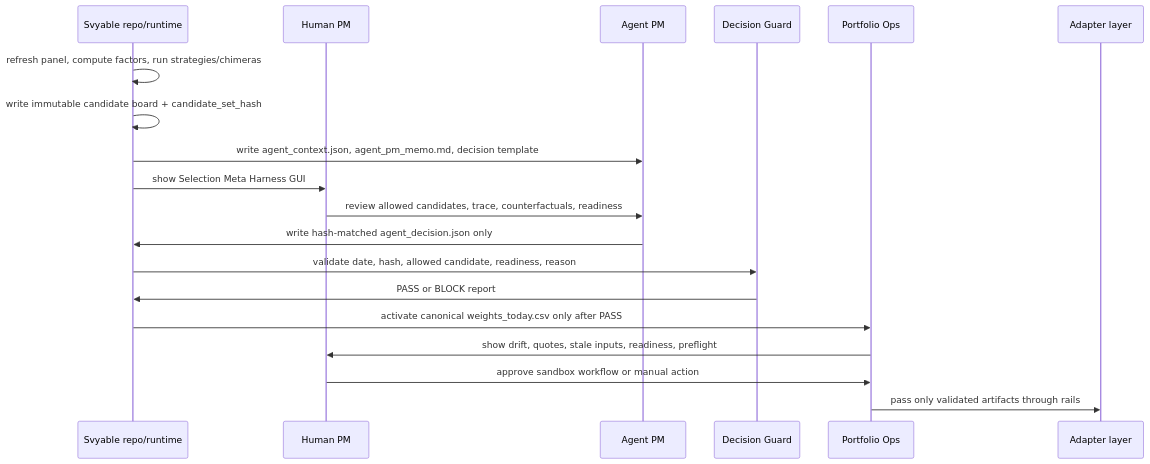
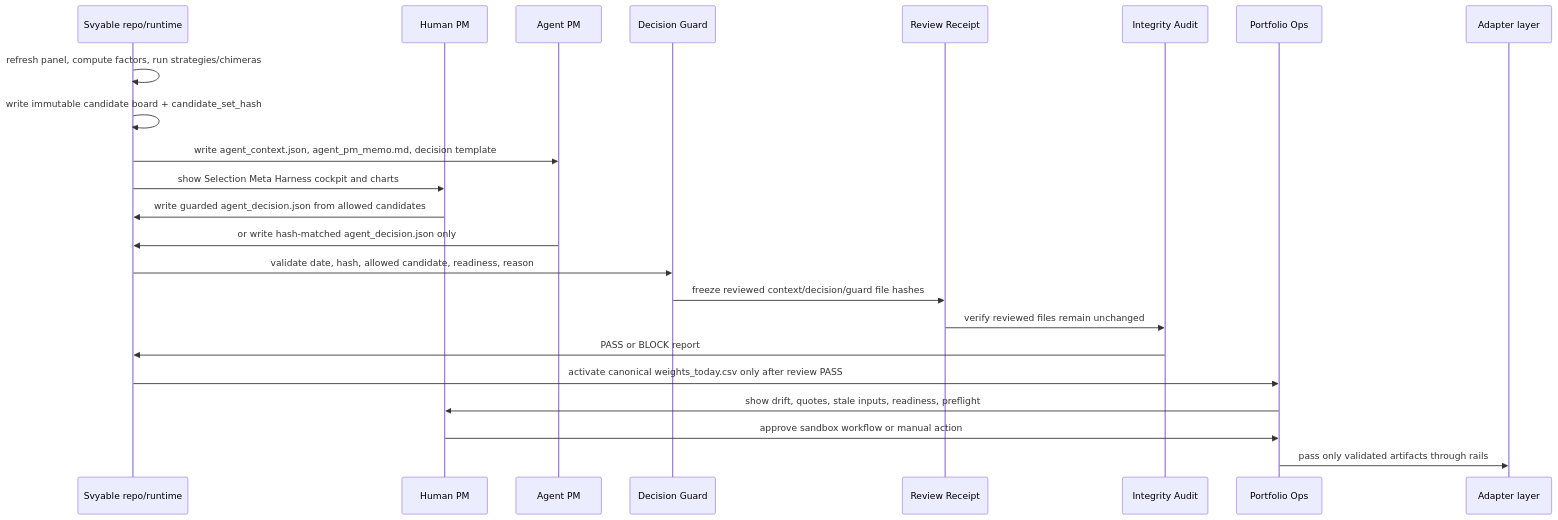
Before and after one commit to Svyable/Svyable_Strategies: the second of 3 diagrams in README.md, drawn with Mermaid. The commit also changed other lines of this file, not shown here.

Commit message:
docs(gui): document review cockpit buttons and charts

````diff
--- a/README.md
+++ b/README.md
@@ -111,22 +122,26 @@
 ```mermaid
 sequenceDiagram
     participant Repo as Svyable repo/runtime
     participant Human as Human PM
     participant Agent as Agent PM
     participant Guard as Decision Guard
+    participant Receipt as Review Receipt
+    participant Audit as Integrity Audit
     participant Ops as Portfolio Ops
     participant Adapter as Adapter layer
 
     Repo->>Repo: refresh panel, compute factors, run strategies/chimeras
     Repo->>Repo: write immutable candidate board + candidate_set_hash
     Repo->>Agent: write agent_context.json, agent_pm_memo.md, decision template
-    Repo->>Human: show Selection Meta Harness GUI
-    Human->>Agent: review allowed candidates, trace, counterfactuals, readiness
-    Agent->>Repo: write hash-matched agent_decision.json only
+    Repo->>Human: show Selection Meta Harness cockpit and charts
+    Human->>Repo: write guarded agent_decision.json from allowed candidates
+    Agent->>Repo: or write hash-matched agent_decision.json only
     Repo->>Guard: validate date, hash, allowed candidate, readiness, reason
-    Guard->>Repo: PASS or BLOCK report
-    Repo->>Ops: activate canonical weights_today.csv only after PASS
+    Guard->>Receipt: freeze reviewed context/decision/guard file hashes
+    Receipt->>Audit: verify reviewed files remain unchanged
+    Audit->>Repo: PASS or BLOCK report
+    Repo->>Ops: activate canonical weights_today.csv only after review PASS
     Ops->>Human: show drift, quotes, stale inputs, readiness, preflight
     Human->>Ops: approve sandbox workflow or manual action
     Ops->>Adapter: pass only validated artifacts through rails
 ```
````
